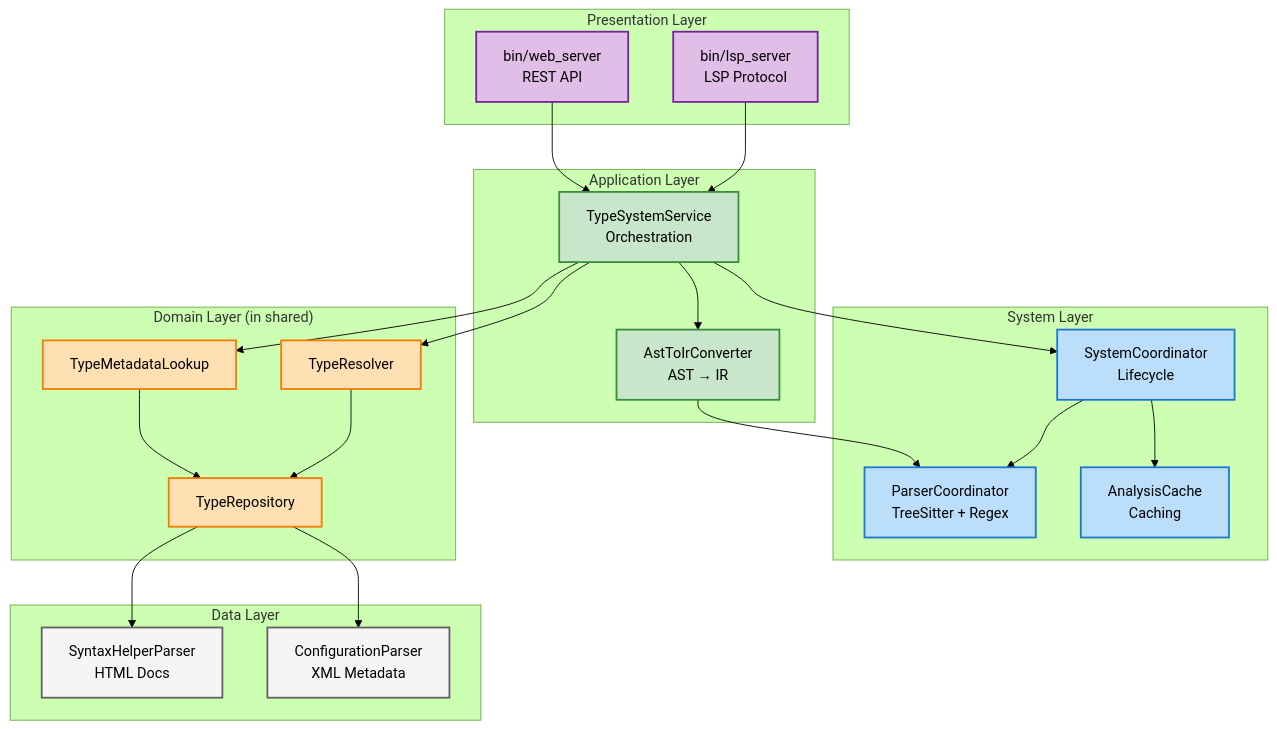
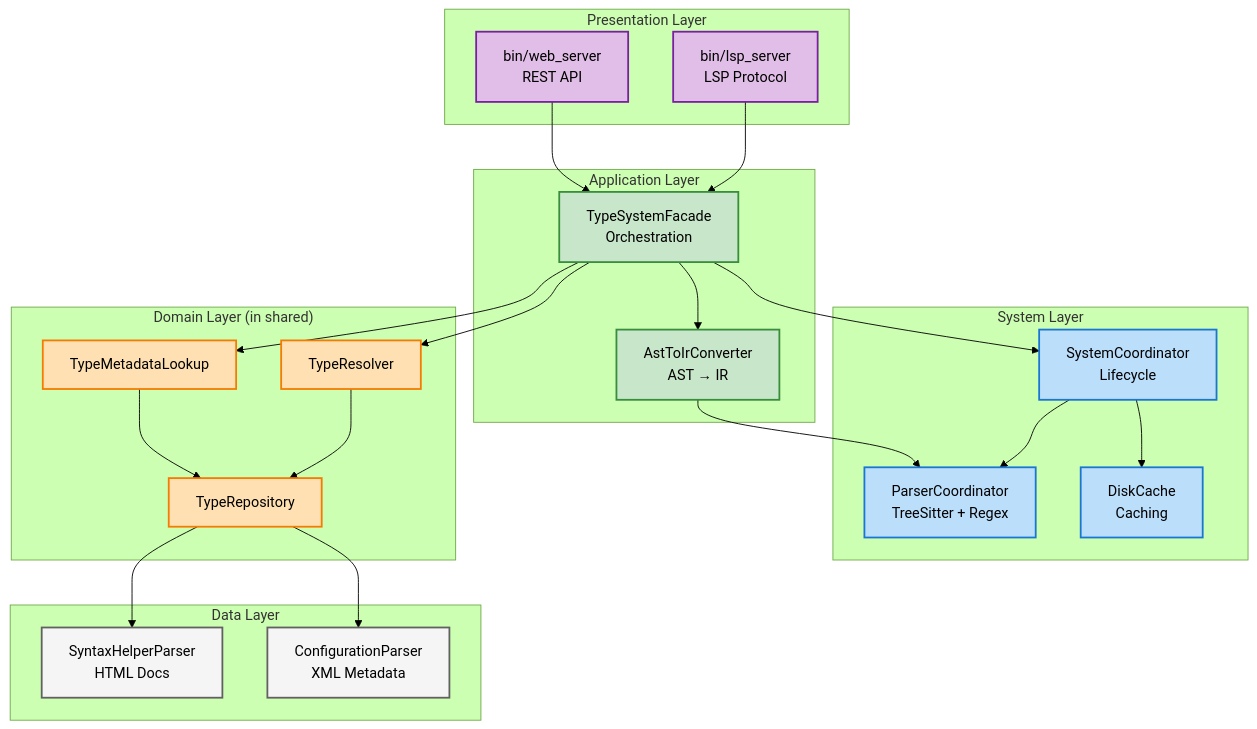
One commit to defin85/bsl-gradual-types changed the second of 4 diagrams in docs/architecture/dependency-diagrams.md. Above: the diagram before and after it, drawn with Mermaid (forest theme). The commit also changed 44 other files, not shown here.

First line of the commit message:
Refactor architecture and terminology for v2 analysis system

````diff
--- a/docs/architecture/dependency-diagrams.md
+++ b/docs/architecture/dependency-diagrams.md
@@ -54,62 +54,62 @@
 ```mermaid
 graph TB
     subgraph "Presentation Layer"
         LSP["bin/lsp_server<br/>LSP Protocol"]
         Web["bin/web_server<br/>REST API"]
     end
 
     subgraph "Application Layer"
-        TypeSystemService["TypeSystemService<br/>Orchestration"]
+        TypeSystemFacade["TypeSystemFacade<br/>Orchestration"]
         AstToIr["AstToIrConverter<br/>AST → IR"]
     end
 
     subgraph "System Layer"
         SystemCoordinator["SystemCoordinator<br/>Lifecycle"]
         ParserCoordinator["ParserCoordinator<br/>TreeSitter + Regex"]
-        AnalysisCache["AnalysisCache<br/>Caching"]
+        DiskCache["DiskCache<br/>Caching"]
     end
 
     subgraph "Domain Layer (in shared)"
         TypeResolver["TypeResolver"]
         TypeRepository["TypeRepository"]
         TypeMetadataLookup["TypeMetadataLookup"]
     end
 
     subgraph "Data Layer"
         SyntaxHelper["SyntaxHelperParser<br/>HTML Docs"]
         ConfigParser["ConfigurationParser<br/>XML Metadata"]
     end
 
     %% Flows
-    LSP --> TypeSystemService
-    Web --> TypeSystemService
+    LSP --> TypeSystemFacade
+    Web --> TypeSystemFacade
 
-    TypeSystemService --> SystemCoordinator
-    TypeSystemService --> AstToIr
+    TypeSystemFacade --> SystemCoordinator
+    TypeSystemFacade --> AstToIr
 
     SystemCoordinator --> ParserCoordinator
-    SystemCoordinator --> AnalysisCache
+    SystemCoordinator --> DiskCache
 
     AstToIr --> ParserCoordinator
-    TypeSystemService --> TypeResolver
-    TypeSystemService --> TypeMetadataLookup
+    TypeSystemFacade --> TypeResolver
+    TypeSystemFacade --> TypeMetadataLookup
 
     TypeResolver --> TypeRepository
     TypeMetadataLookup --> TypeRepository
 
     TypeRepository --> SyntaxHelper
     TypeRepository --> ConfigParser
 
     %% Styling
     classDef presentation fill:#e1bee7,stroke:#7b1fa2,stroke-width:2px
     classDef application fill:#c8e6c9,stroke:#388e3c,stroke-width:2px
     classDef system fill:#bbdefb,stroke:#1976d2,stroke-width:2px
     classDef domain fill:#ffe0b2,stroke:#f57c00,stroke-width:2px
     classDef data fill:#f5f5f5,stroke:#616161,stroke-width:2px
 
     class LSP,Web presentation
-    class TypeSystemService,AstToIr application
-    class SystemCoordinator,ParserCoordinator,AnalysisCache system
+    class TypeSystemFacade,AstToIr application
+    class SystemCoordinator,ParserCoordinator,DiskCache system
     class TypeResolver,TypeRepository,TypeMetadataLookup domain
     class SyntaxHelper,ConfigParser data
 ```
````
